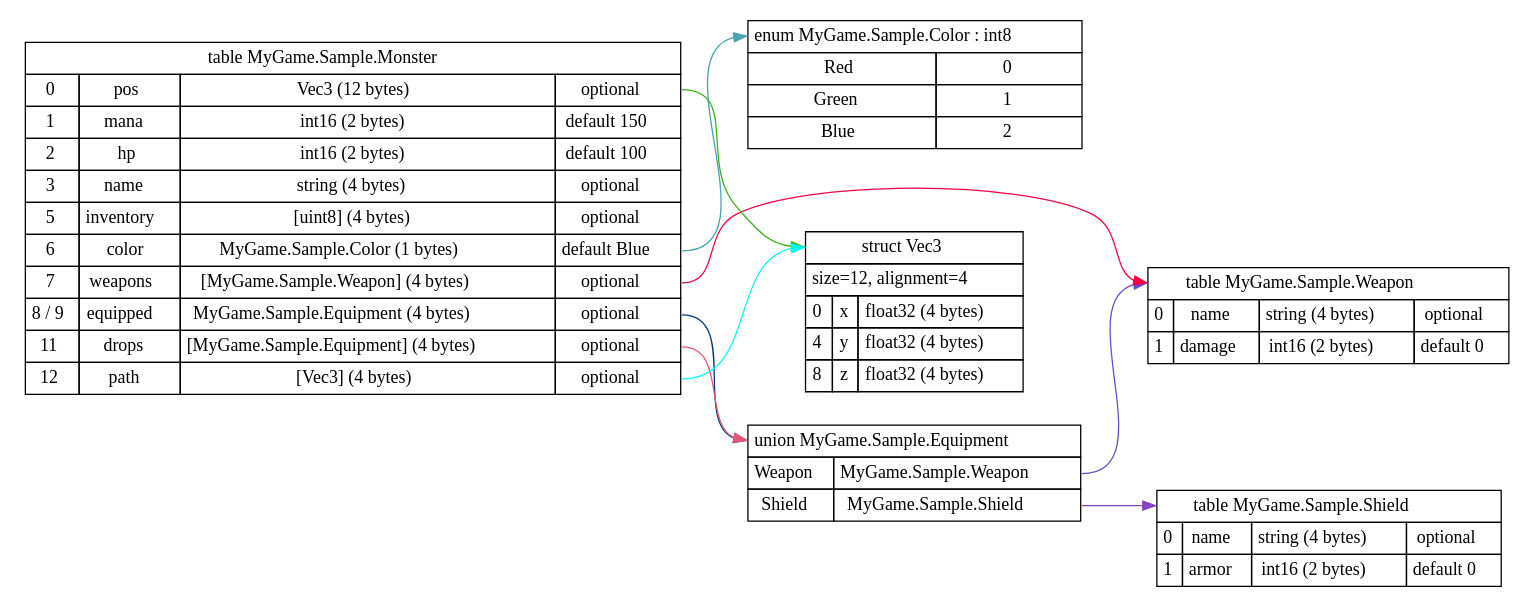
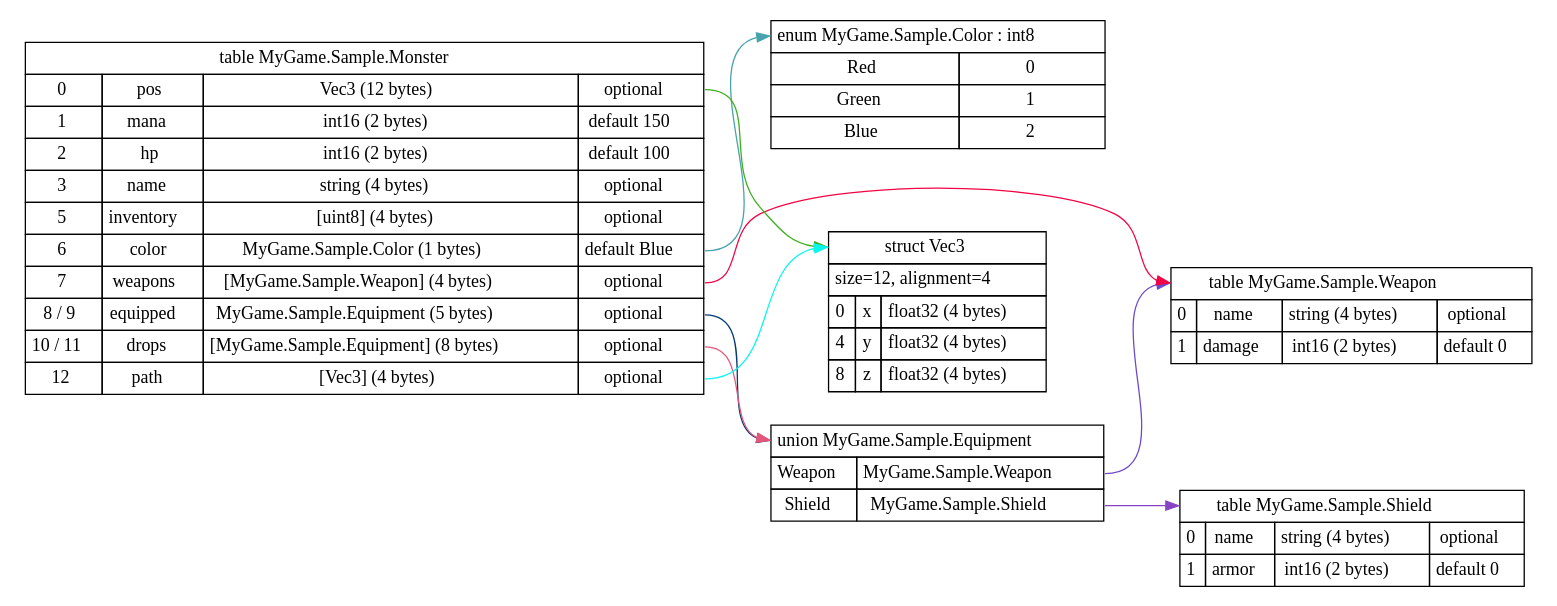
Before and after one commit to planus-org/planus: the diagram in examples/rust/monster.dot, drawn with Graphviz. The commit also changed 3 other files, not shown here.

```diff
--- a/examples/rust/monster.dot
+++ b/examples/rust/monster.dot
@@ -1,180 +1,180 @@
 digraph G
 {
   node[ shape = none ];
   rankdir=LR;
 
   decl0[ label=<
     <TABLE BORDER="0" CELLBORDER="1" CELLSPACING="0" CELLPADDING="4">
       <TR>
         <TD colspan="2" PORT="name">enum MyGame.Sample.Color : int8</TD>
       </TR>
       <TR>
         <TD>Red</TD>
         <TD>0</TD>
       </TR>
       <TR>
         <TD>Green</TD>
         <TD>1</TD>
       </TR>
       <TR>
         <TD>Blue</TD>
         <TD>2</TD>
       </TR>
     </TABLE>>
   ];
 
   decl1[ label=<
     <TABLE BORDER="0" CELLBORDER="1" CELLSPACING="0" CELLPADDING="4">
       <TR>
         <TD colspan="3" PORT="name">union MyGame.Sample.Equipment</TD>
       </TR>
       <TR>
         <TD>Weapon</TD>
         <TD PORT="p0">MyGame.Sample.Weapon</TD>
       </TR>
       <TR>
         <TD>Shield</TD>
         <TD PORT="p1">MyGame.Sample.Shield</TD>
       </TR>
     </TABLE>>
   ];
   decl1:p0:e -> decl4:name [color = "#6e4ac9"];
   decl1:p1:e -> decl5:name [color = "#8644c4"];
 
   decl2[ label=<
     <TABLE BORDER="0" CELLBORDER="1" CELLSPACING="0" CELLPADDING="4">
       <TR>
         <TD colspan="3" PORT="name">struct Vec3</TD>
       </TR>
       <TR>
         <TD colspan="3">size=12, alignment=4</TD>
       </TR>
       <TR>
         <TD>0</TD>
         <TD>x</TD>
         <TD PORT="p0">float32 (4 bytes)</TD>
       </TR>
       <TR>
         <TD>4</TD>
         <TD>y</TD>
         <TD PORT="p1">float32 (4 bytes)</TD>
       </TR>
       <TR>
         <TD>8</TD>
         <TD>z</TD>
         <TD PORT="p2">float32 (4 bytes)</TD>
       </TR>
     </TABLE>>
   ];
 
   decl3[ label=<
     <TABLE BORDER="0" CELLBORDER="1" CELLSPACING="0" CELLPADDING="4">
       <TR>
         <TD colspan="4" PORT="name">table MyGame.Sample.Monster</TD>
       </TR>
       <TR>
         <TD>0</TD>
         <TD>pos</TD>
         <TD>Vec3 (12 bytes)</TD>
         <TD PORT="p0">optional</TD>
       </TR>
       <TR>
         <TD>1</TD>
         <TD>mana</TD>
         <TD>int16 (2 bytes)</TD>
         <TD PORT="p1">default 150</TD>
       </TR>
       <TR>
         <TD>2</TD>
         <TD>hp</TD>
         <TD>int16 (2 bytes)</TD>
         <TD PORT="p2">default 100</TD>
       </TR>
       <TR>
         <TD>3</TD>
         <TD>name</TD>
         <TD>string (4 bytes)</TD>
         <TD PORT="p3">optional</TD>
       </TR>
       <TR>
         <TD>5</TD>
         <TD>inventory</TD>
         <TD>[uint8] (4 bytes)</TD>
         <TD PORT="p4">optional</TD>
       </TR>
       <TR>
         <TD>6</TD>
         <TD>color</TD>
         <TD>MyGame.Sample.Color (1 bytes)</TD>
         <TD PORT="p5">default Blue</TD>
       </TR>
       <TR>
         <TD>7</TD>
         <TD>weapons</TD>
         <TD>[MyGame.Sample.Weapon] (4 bytes)</TD>
         <TD PORT="p6">optional</TD>
       </TR>
       <TR>
         <TD>8 / 9</TD>
         <TD>equipped</TD>
-        <TD>MyGame.Sample.Equipment (4 bytes)</TD>
+        <TD>MyGame.Sample.Equipment (5 bytes)</TD>
         <TD PORT="p7">optional</TD>
       </TR>
       <TR>
-        <TD>11</TD>
+        <TD>10 / 11</TD>
         <TD>drops</TD>
-        <TD>[MyGame.Sample.Equipment] (4 bytes)</TD>
+        <TD>[MyGame.Sample.Equipment] (8 bytes)</TD>
         <TD PORT="p8">optional</TD>
       </TR>
       <TR>
         <TD>12</TD>
         <TD>path</TD>
         <TD>[Vec3] (4 bytes)</TD>
         <TD PORT="p9">optional</TD>
       </TR></TABLE>>
   ];
   decl3:p0:e -> decl2:name [color = "#3daf1d"];
   decl3:p5:e -> decl0:name [color = "#47a3ad"];
   decl3:p6:e -> decl4:name [color = "#f20444"];
   decl3:p7:e -> decl1:name [color = "#053975"];
   decl3:p8:e -> decl1:name [color = "#e5577a"];
   decl3:p9:e -> decl2:name [color = "#09f7ef"];
 
   decl4[ label=<
     <TABLE BORDER="0" CELLBORDER="1" CELLSPACING="0" CELLPADDING="4">
       <TR>
         <TD colspan="4" PORT="name">table MyGame.Sample.Weapon</TD>
       </TR>
       <TR>
         <TD>0</TD>
         <TD>name</TD>
         <TD>string (4 bytes)</TD>
         <TD PORT="p0">optional</TD>
       </TR>
       <TR>
         <TD>1</TD>
         <TD>damage</TD>
         <TD>int16 (2 bytes)</TD>
         <TD PORT="p1">default 0</TD>
       </TR></TABLE>>
   ];
 
   decl5[ label=<
     <TABLE BORDER="0" CELLBORDER="1" CELLSPACING="0" CELLPADDING="4">
       <TR>
         <TD colspan="4" PORT="name">table MyGame.Sample.Shield</TD>
       </TR>
       <TR>
         <TD>0</TD>
         <TD>name</TD>
         <TD>string (4 bytes)</TD>
         <TD PORT="p0">optional</TD>
       </TR>
       <TR>
         <TD>1</TD>
         <TD>armor</TD>
         <TD>int16 (2 bytes)</TD>
         <TD PORT="p1">default 0</TD>
       </TR></TABLE>>
   ];
 }
```
